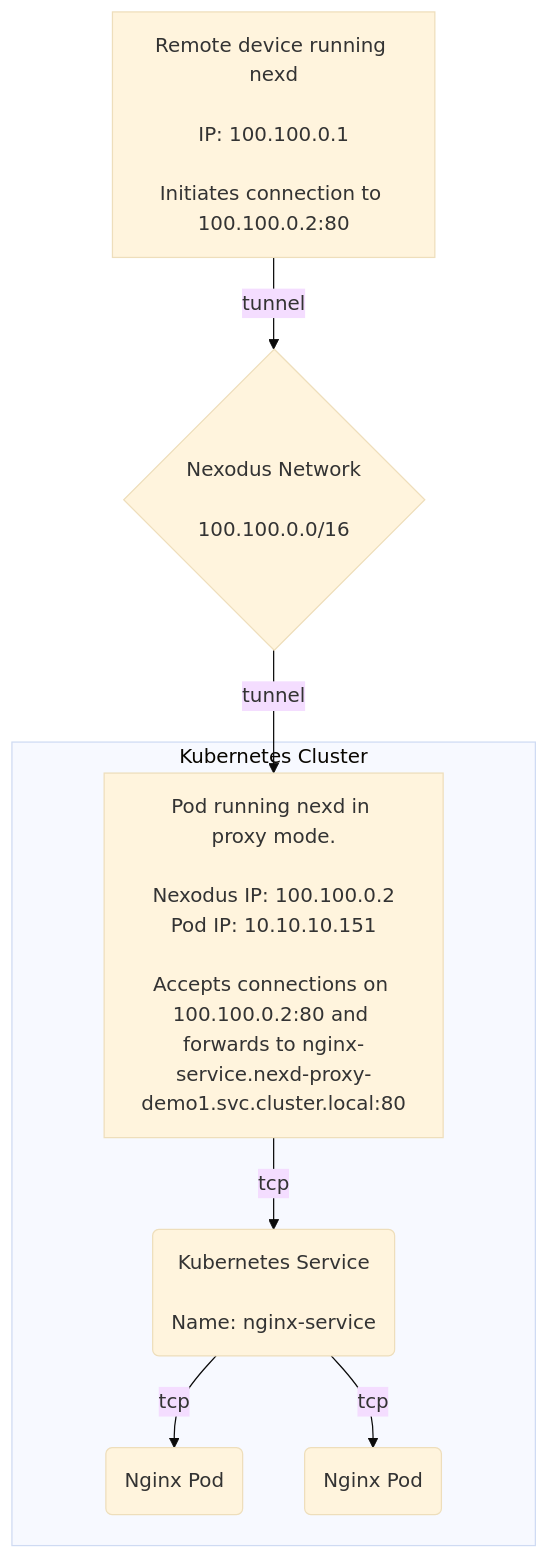
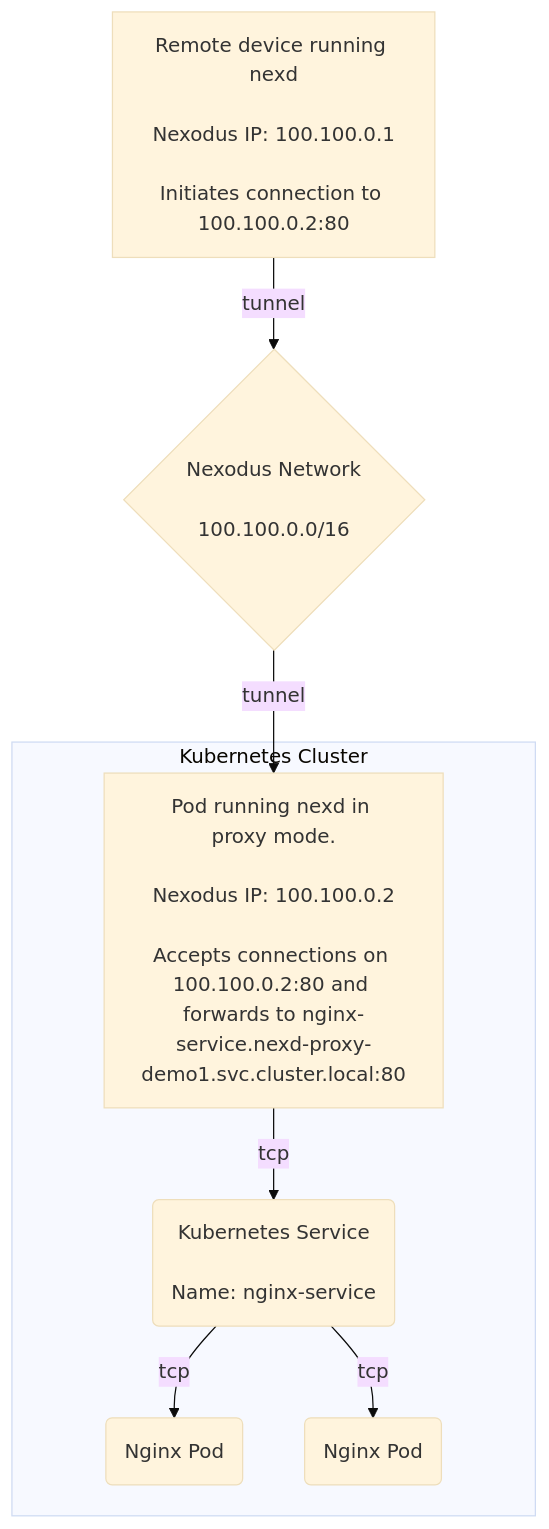
Before and after one commit to nexodus-io/nexodus: the first of 3 diagrams in docs/user-guide/scenarios/nexd-proxy-in-kube.md, drawn with Mermaid (base theme). The commit also changed other lines of this file, not shown here.

First line of the commit message:
docs: Document proxy-in-kube demo3

````diff
--- a/docs/user-guide/scenarios/nexd-proxy-in-kube.md
+++ b/docs/user-guide/scenarios/nexd-proxy-in-kube.md
@@ -30,12 +30,12 @@
 ```mermaid
 flowchart TD
  linkStyle default interpolate basis
- device1[Remote device running nexd<br/><br/>IP: 100.100.0.1<br/><br/>Initiates connection to 100.100.0.2:80]-->|tunnel|network{Nexodus Network<br/><br/>100.100.0.0/16}
- network-->|tunnel|container[Pod running nexd in proxy mode.<br/><br/>Nexodus IP: 100.100.0.2<br/>Pod IP: 10.10.10.151<br/><br/>Accepts connections on 100.100.0.2:80 and forwards to nginx-service.nexd-proxy-demo1.svc.cluster.local:80]
+ device1[Remote device running nexd<br/><br/>Nexodus IP: 100.100.0.1<br/><br/>Initiates connection to 100.100.0.2:80]-->|tunnel|network{Nexodus Network<br/><br/>100.100.0.0/16}
+ network-->|tunnel|container[Pod running nexd in proxy mode.<br/><br/>Nexodus IP: 100.100.0.2<br/><br/>Accepts connections on 100.100.0.2:80 and forwards to nginx-service.nexd-proxy-demo1.svc.cluster.local:80]
 
  subgraph Kubernetes Cluster
  container-->|tcp|dest(Kubernetes Service<br/><br/>Name: nginx-service)
  dest-->|tcp|pod(Nginx Pod)
  dest-->|tcp|pod2(Nginx Pod)
  end
 ```
````
